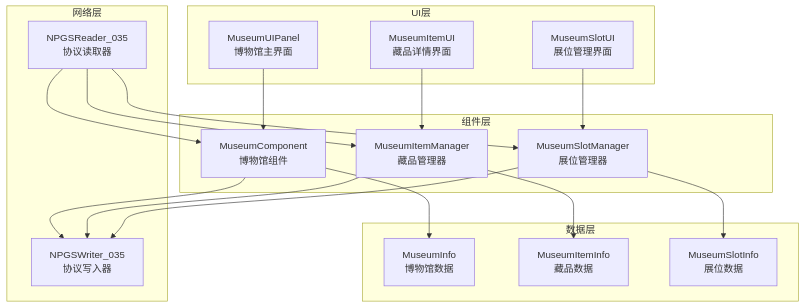
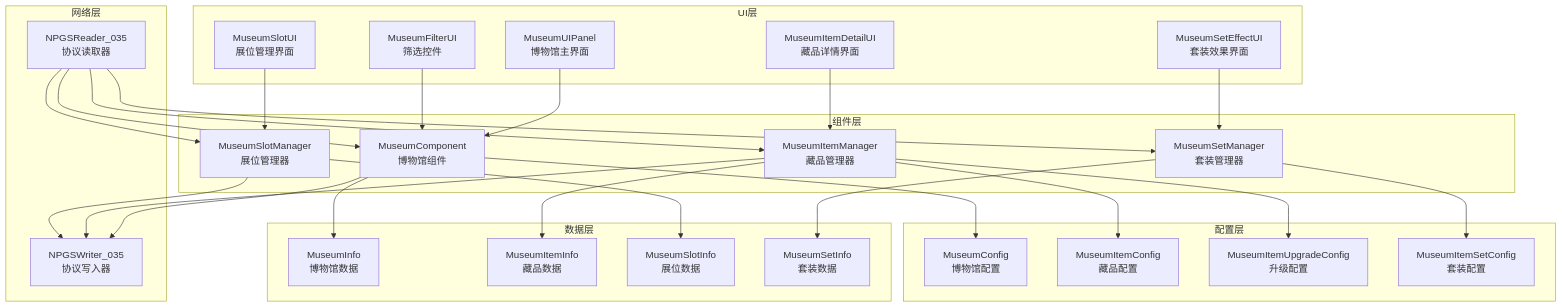
One commit to Alan-Ben/k2c_game_framework changed the first of 3 diagrams in docs/Module_Museum/03_客户端开发.md. Above: the diagram before and after it, drawn with Mermaid. The commit also changed other lines of this file and 5 other files, not shown here.

````diff
--- a/docs/Module_Museum/03_客户端开发.md
+++ b/docs/Module_Museum/03_客户端开发.md
@@ -12,41 +12,61 @@
 ```mermaid
 graph TB
     subgraph UI层
         A[MuseumUIPanel<br/>博物馆主界面]
-        B[MuseumItemUI<br/>藏品详情界面]
+        B[MuseumItemDetailUI<br/>藏品详情界面]
         C[MuseumSlotUI<br/>展位管理界面]
+        D[MuseumFilterUI<br/>筛选控件]
+        E[MuseumSetEffectUI<br/>套装效果界面]
     end
-    
+
     subgraph 组件层
-        D[MuseumComponent<br/>博物馆组件]
-        E[MuseumItemManager<br/>藏品管理器]
-        F[MuseumSlotManager<br/>展位管理器]
+        F[MuseumComponent<br/>博物馆组件]
+        G[MuseumItemManager<br/>藏品管理器]
+        H[MuseumSlotManager<br/>展位管理器]
+        I[MuseumSetManager<br/>套装管理器]
     end
-    
+
     subgraph 数据层
-        G[MuseumInfo<br/>博物馆数据]
-        H[MuseumItemInfo<br/>藏品数据]
-        I[MuseumSlotInfo<br/>展位数据]
+        J[MuseumInfo<br/>博物馆数据]
+        K[MuseumItemInfo<br/>藏品数据]
+        L[MuseumSlotInfo<br/>展位数据]
+        M[MuseumSetInfo<br/>套装数据]
     end
-    
+
     subgraph 网络层
-        J[NPGSWriter_035<br/>协议写入器]
-        K[NPGSReader_035<br/>协议读取器]
+        N[NPGSWriter_035<br/>协议写入器]
+        O[NPGSReader_035<br/>协议读取器]
     end
-    
-    A --> D
-    B --> E
-    C --> F
-    
-    D --> G
-    E --> H
-    F --> I
-    
-    D --> J
-    E --> J
+
+    subgraph 配置层
+        P[MuseumConfig<br/>博物馆配置]
+        Q[MuseumItemConfig<br/>藏品配置]
+        R[MuseumItemUpgradeConfig<br/>升级配置]
+        S[MuseumItemSetConfig<br/>套装配置]
+    end
+
+    A --> F
+    B --> G
+    C --> H
+    D --> F
+    E --> I
+
     F --> J
-    
-    K --> D
-    K --> E
-    K --> F
+    G --> K
+    H --> L
+    I --> M
+
+    F --> N
+    G --> N
+    H --> N
+
+    O --> F
+    O --> G
+    O --> H
+    O --> I
+
+    F --> P
+    G --> Q
+    G --> R
+    I --> S
 ```
````
